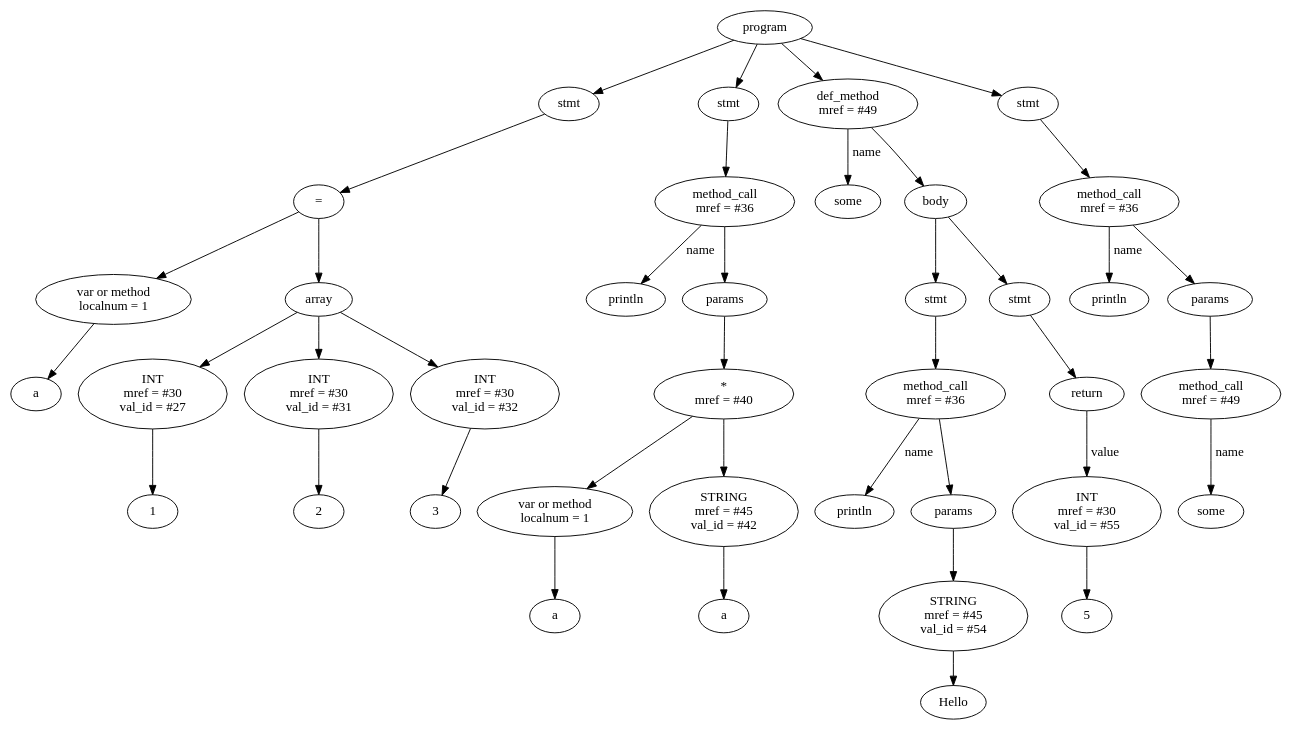
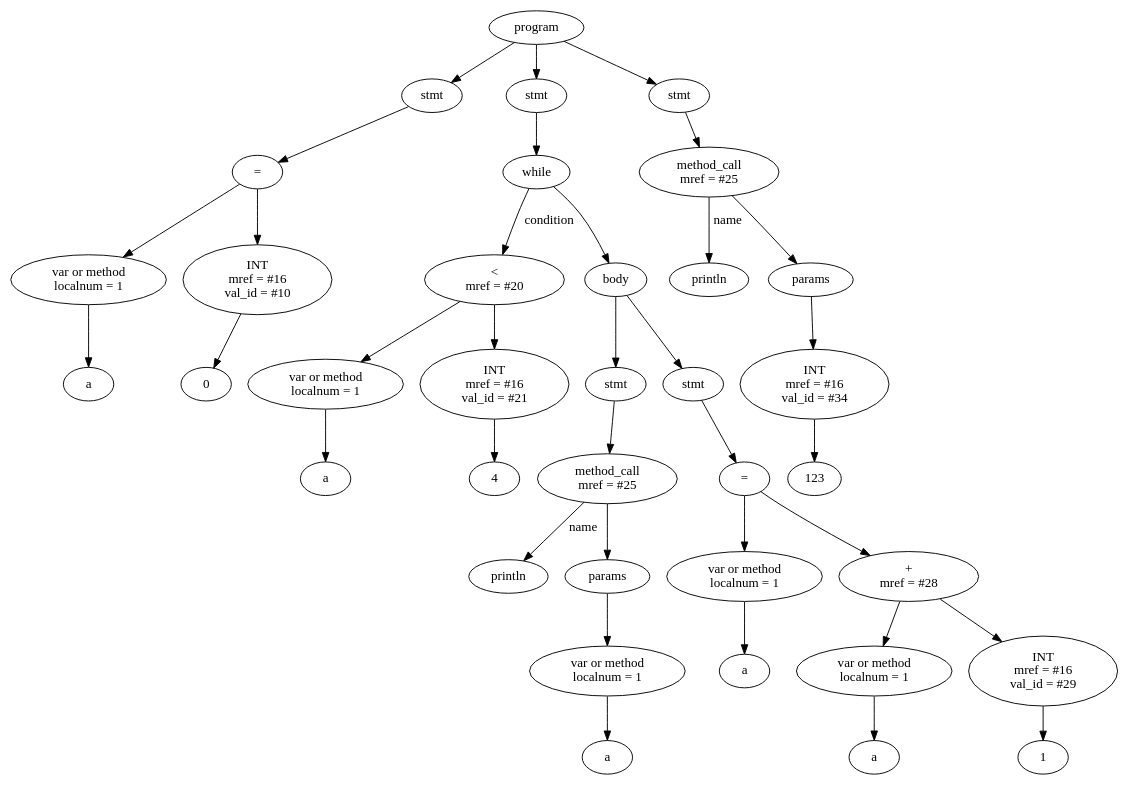
One commit to vitek999/ruby_compiler changed the diagram in RubyCompiler/tree.dot. Above: the diagram before and after it, drawn with Graphviz. The commit also changed 8 other files, not shown here.

```diff
--- a/RubyCompiler/tree.dot
+++ b/RubyCompiler/tree.dot
@@ -1,81 +1,73 @@
 digraph G {
-Id00D05410 [label="program"]
-Id00D03F00 [label="stmt"]
-Id00D03E90 [label="="]
-Id00CF51E8 [label="var or method\n localnum = 1"]
-IdVal00CF51E8 [label="a"]
-Id00CF51E8->IdVal00CF51E8
-Id00D03E20 [label = "array"]
-Id00D03CD0 [label="INT\n mref = #30\n val_id = #27"]
-IdVal00D03CD0 [label="1"]
-Id00D03CD0->IdVal00D03CD0
-Id00D03E20->Id00D03CD0
-Id00D03D40 [label="INT\n mref = #30\n val_id = #31"]
-IdVal00D03D40 [label="2"]
-Id00D03D40->IdVal00D03D40
-Id00D03E20->Id00D03D40
-Id00D03DB0 [label="INT\n mref = #30\n val_id = #32"]
-IdVal00D03DB0 [label="3"]
-Id00D03DB0->IdVal00D03DB0
-Id00D03E20->Id00D03DB0
-Id00D03E90->Id00CF51E8
-Id00D03E90->Id00D03E20
-Id00D03F00->Id00D03E90
-Id00D05410->Id00D03F00
-Id00D041D8 [label="stmt"]
-Id00D04140 [label="method_call\n mref = #36"]
-IdMethodNameVal00D04140 [label="println"]
-Id00D04140->IdMethodNameVal00D04140 [label="name"]
-Id00CFDF68 [label="params"]
-Id00D04140->Id00CFDF68
-Id00D040D0 [label="*\n mref = #40"]
-Id00D03FC0 [label="var or method\n localnum = 1"]
-IdVal00D03FC0 [label="a"]
-Id00D03FC0->IdVal00D03FC0
-Id00D04060 [label="STRING\n mref = #45\n val_id = #42"]
-IdVal00D04060 [label="a"]
-Id00D04060->IdVal00D04060
-Id00D040D0->Id00D03FC0
-Id00D040D0->Id00D04060
-Id00CFDF68->Id00D040D0
-Id00D041D8->Id00D04140
-Id00D05410->Id00D041D8
-Id00D04B48 [label="def_method\n mref = #49"]
-IdName00D04B48 [label="some"]
-Id00D04B48->IdName00D04B48 [label = "name"]
-Id00CFE4E0 [label="body"]
-Id00D04318 [label="stmt"]
-Id00D04A68 [label="method_call\n mref = #36"]
-IdMethodNameVal00D04A68 [label="println"]
-Id00D04A68->IdMethodNameVal00D04A68 [label="name"]
-Id00CFE3C8 [label="params"]
-Id00D04A68->Id00CFE3C8
-Id00D049F8 [label="STRING\n mref = #45\n val_id = #54"]
-IdVal00D049F8 [label="Hello"]
-Id00D049F8->IdVal00D049F8
-Id00CFE3C8->Id00D049F8
-Id00D04318->Id00D04A68
-Id00CFE4E0->Id00D04318
-Id00D048B8 [label="stmt"]
-IdName00D048B8 [label="return"]
-Id00D04AD8 [label="INT\n mref = #30\n val_id = #55"]
-IdVal00D04AD8 [label="5"]
-Id00D04AD8->IdVal00D04AD8
-IdName00D048B8->Id00D04AD8 [label="value"]
-Id00D048B8->IdName00D048B8
-Id00CFE4E0->Id00D048B8
-Id00D04B48->Id00CFE4E0
-Id00D05410->Id00D04B48
-Id00D04958 [label="stmt"]
-Id00D04E90 [label="method_call\n mref = #36"]
-IdMethodNameVal00D04E90 [label="println"]
-Id00D04E90->IdMethodNameVal00D04E90 [label="name"]
-Id00CFE2E8 [label="params"]
-Id00D04E90->Id00CFE2E8
-Id00D04FE0 [label="method_call\n mref = #49"]
-IdMethodNameVal00D04FE0 [label="some"]
-Id00D04FE0->IdMethodNameVal00D04FE0 [label="name"]
-Id00CFE2E8->Id00D04FE0
-Id00D04958->Id00D04E90
-Id00D05410->Id00D04958
+Id00A553B0 [label="program"]
+Id00A53DB0 [label="stmt"]
+Id00A53D40 [label="="]
+Id00A451E8 [label="var or method\n localnum = 1"]
+IdVal00A451E8 [label="a"]
+Id00A451E8->IdVal00A451E8
+Id00A53CD0 [label="INT\n mref = #16\n val_id = #10"]
+IdVal00A53CD0 [label="0"]
+Id00A53CD0->IdVal00A53CD0
+Id00A53D40->Id00A451E8
+Id00A53D40->Id00A53CD0
+Id00A53DB0->Id00A53D40
+Id00A553B0->Id00A53DB0
+Id00A54138 [label="stmt"]
+Id00A4E0F0 [label="while"]
+Id00A53F10 [label="<\n mref = #20"]
+Id00A53E30 [label="var or method\n localnum = 1"]
+IdVal00A53E30 [label="a"]
+Id00A53E30->IdVal00A53E30
+Id00A53EA0 [label="INT\n mref = #16\n val_id = #21"]
+IdVal00A53EA0 [label="4"]
+Id00A53EA0->IdVal00A53EA0
+Id00A53F10->Id00A53E30
+Id00A53F10->Id00A53EA0
+Id00A4E0F0->Id00A53F10 [label="condition"]
+Id00A4E358 [label="body"]
+Id00A4E0F0->Id00A4E358
+Id00A54408 [label="stmt"]
+Id00A54020 [label="method_call\n mref = #25"]
+IdMethodNameVal00A54020 [label="println"]
+Id00A54020->IdMethodNameVal00A54020 [label="name"]
+Id00A4E630 [label="params"]
+Id00A54020->Id00A4E630
+Id00A53FB0 [label="var or method\n localnum = 1"]
+IdVal00A53FB0 [label="a"]
+Id00A53FB0->IdVal00A53FB0
+Id00A4E630->Id00A53FB0
+Id00A54408->Id00A54020
+Id00A4E358->Id00A54408
+Id00A543B8 [label="stmt"]
+Id00A54AB8 [label="="]
+Id00A548C8 [label="var or method\n localnum = 1"]
+IdVal00A548C8 [label="a"]
+Id00A548C8->IdVal00A548C8
+Id00A54A48 [label="+\n mref = #28"]
+Id00A54968 [label="var or method\n localnum = 1"]
+IdVal00A54968 [label="a"]
+Id00A54968->IdVal00A54968
+Id00A549D8 [label="INT\n mref = #16\n val_id = #29"]
+IdVal00A549D8 [label="1"]
+Id00A549D8->IdVal00A549D8
+Id00A54A48->Id00A54968
+Id00A54A48->Id00A549D8
+Id00A54AB8->Id00A548C8
+Id00A54AB8->Id00A54A48
+Id00A543B8->Id00A54AB8
+Id00A4E358->Id00A543B8
+Id00A54138->Id00A4E0F0
+Id00A553B0->Id00A54138
+Id00A54278 [label="stmt"]
+Id00A54B90 [label="method_call\n mref = #25"]
+IdMethodNameVal00A54B90 [label="println"]
+Id00A54B90->IdMethodNameVal00A54B90 [label="name"]
+Id00A4E160 [label="params"]
+Id00A54B90->Id00A4E160
+Id00A54DC0 [label="INT\n mref = #16\n val_id = #34"]
+IdVal00A54DC0 [label="123"]
+Id00A54DC0->IdVal00A54DC0
+Id00A4E160->Id00A54DC0
+Id00A54278->Id00A54B90
+Id00A553B0->Id00A54278
 }
```
